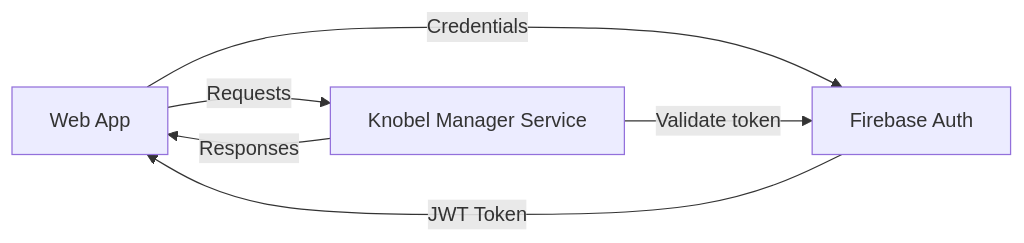
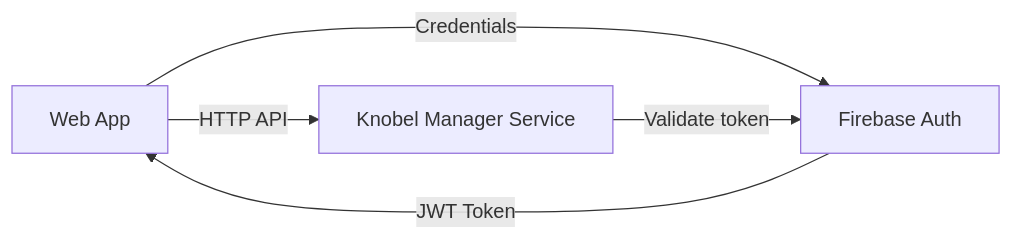
Before and after one commit to henok321/knobel-manager-app: the diagram in README.md, drawn with Mermaid.

````diff
--- a/README.md
+++ b/README.md
@@ -13,8 +13,7 @@
 ```mermaid
 graph LR
     Web-App[Web App] -->|Credentials| Auth[Firebase Auth]
     Auth -->|JWT Token| Web-App
-    Web-App -->|Requests| Backend[Knobel Manager Service]
-    Backend -->|Responses| Web-App
+    Web-App -->|HTTP API| Backend[Knobel Manager Service]
     Backend -->|Validate token| Auth
 ```
````
